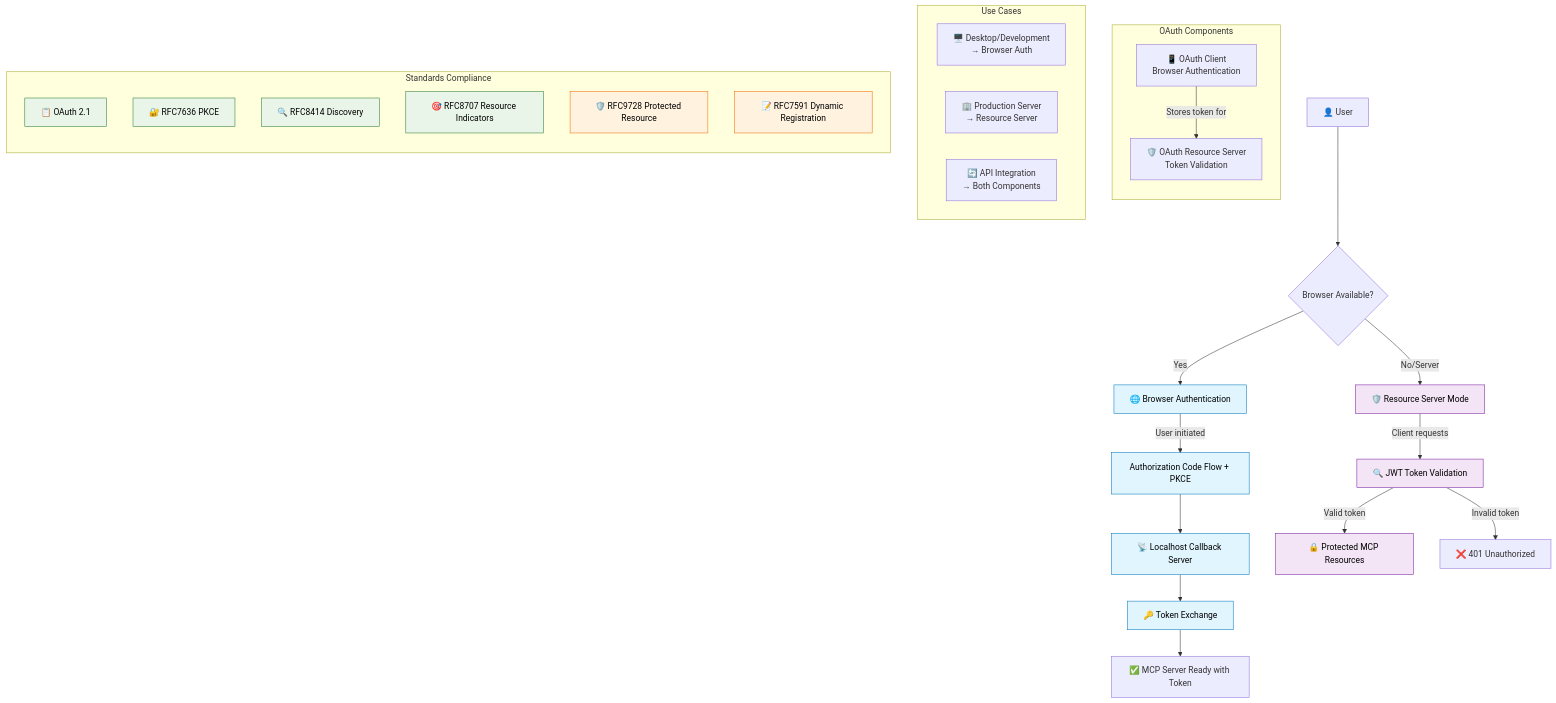
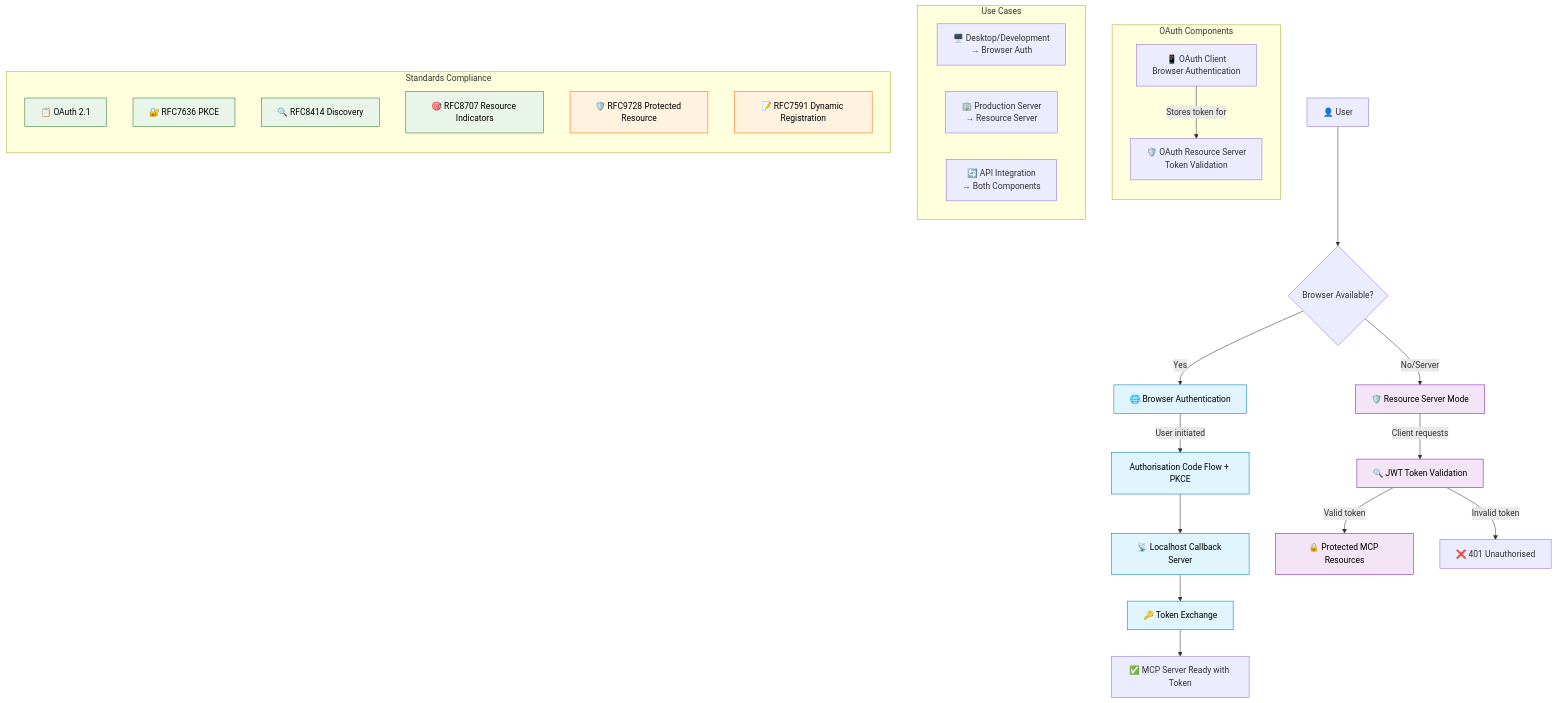
Before and after one commit to sammcj/mcp-devtools: the second of 2 diagrams in README.md, drawn with Mermaid. The commit also changed other lines of this file, not shown here.

````diff
--- a/README.md
+++ b/README.md
@@ -961,50 +961,50 @@
 ```mermaid
 graph TD
     User[👤 User] --> Browser{Browser Available?}
     Browser -->|Yes| BrowserAuth[🌐 Browser Authentication]
     Browser -->|No/Server| ResourceServer[🛡️ Resource Server Mode]
 
-    BrowserAuth --> |User initiated| AuthFlow[Authorization Code Flow + PKCE]
+    BrowserAuth --> |User initiated| AuthFlow[Authorisation Code Flow + PKCE]
     AuthFlow --> CallbackServer[📡 Localhost Callback Server]
     CallbackServer --> TokenExchange[🔑 Token Exchange]
     TokenExchange --> ServerReady[✅ MCP Server Ready with Token]
 
     ResourceServer --> |Client requests| TokenValidation[🔍 JWT Token Validation]
     TokenValidation --> |Valid token| ProtectedResources[🔒 Protected MCP Resources]
-    TokenValidation --> |Invalid token| Unauthorized[❌ 401 Unauthorized]
+    TokenValidation --> |Invalid token| Unauthorized[❌ 401 Unauthorised]
 
     subgraph "OAuth Components"
         direction TB
         ClientComp[📱 OAuth Client<br/>Browser Authentication]
         ServerComp[🛡️ OAuth Resource Server<br/>Token Validation]
 
         ClientComp --> |Stores token for| ServerComp
     end
 
     subgraph "Use Cases"
         direction LR
         UC1[🖥️ Desktop/Development<br/>→ Browser Auth]
         UC2[🏢 Production Server<br/>→ Resource Server]
         UC3[🔄 API Integration<br/>→ Both Components]
     end
 
     subgraph "Standards Compliance"
         direction TB
         OAuth21[📋 OAuth 2.1]
         PKCE[🔐 RFC7636 PKCE]
         Discovery[🔍 RFC8414 Discovery]
         Resource[🎯 RFC8707 Resource Indicators]
         Protected[🛡️ RFC9728 Protected Resource]
         Registration[📝 RFC7591 Dynamic Registration]
     end
 
     classDef browser fill:#e1f5fe,stroke:#0277bd,color:#000
     classDef server fill:#f3e5f5,stroke:#7b1fa2,color:#000
     classDef security fill:#e8f5e8,stroke:#2e7d32,color:#000
     classDef standards fill:#fff3e0,stroke:#ef6c00,color:#000
 
     class BrowserAuth,AuthFlow,CallbackServer,TokenExchange browser
     class ResourceServer,TokenValidation,ProtectedResources server
     class PKCE,OAuth21,Discovery,Resource security
     class Standards,Registration,Protected standards
 ```
````
